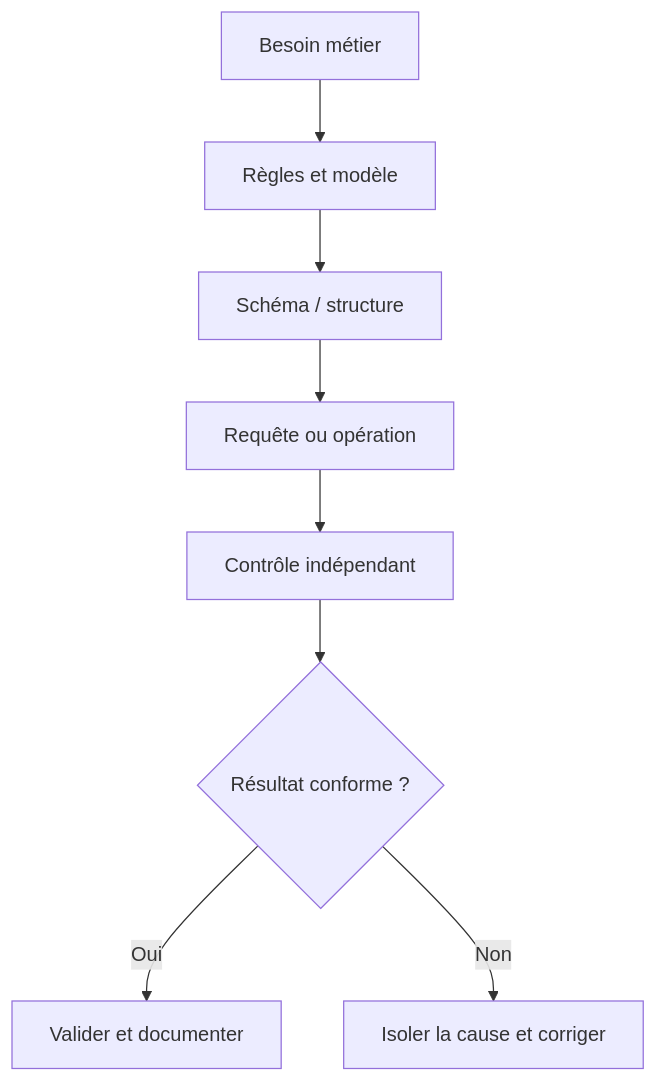
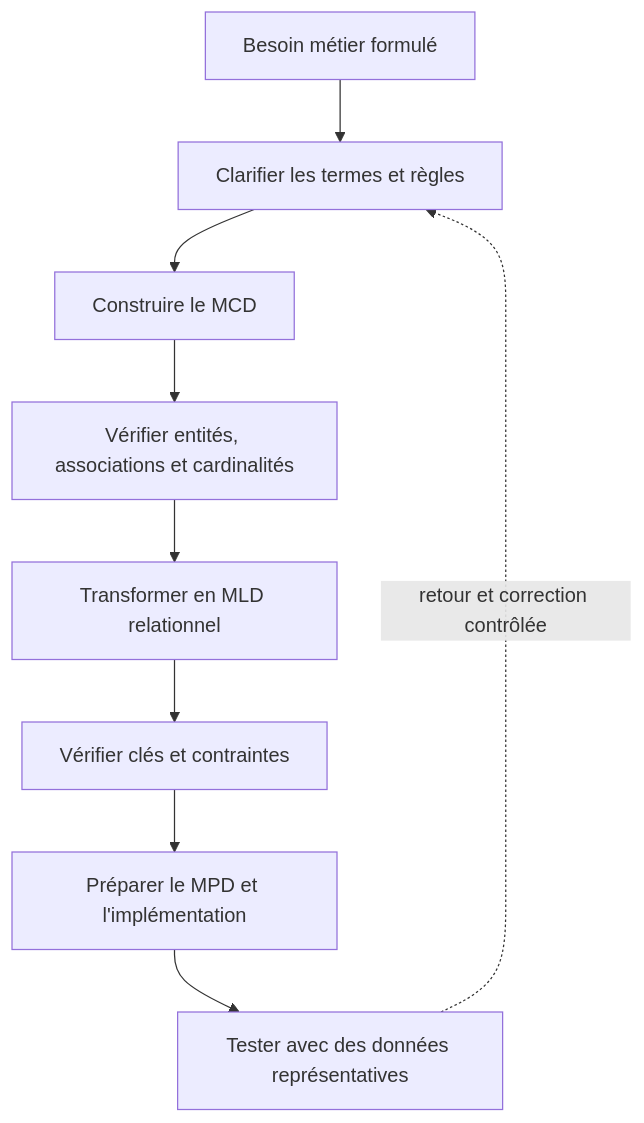
Before and after one commit to biggyseven/Skill-Tree: the first of 13 diagrams in content/lessons/data-modelisation-debutant.md, drawn with Mermaid. The commit also changed other lines of this file, not shown here.

Commit message:
docs(data): expand beginner MCD and MLD modeling course

````diff
--- a/content/lessons/data-modelisation-debutant.md
+++ b/content/lessons/data-modelisation-debutant.md
@@ -101,10 +66,11 @@
-```mermaid
+~~~mermaid
 flowchart TD
-    A["Besoin métier"] --> B["Règles et modèle"]
-    B --> C["Schéma / structure"]
-    C --> D["Requête ou opération"]
-    D --> E["Contrôle indépendant"]
-    E --> F{"Résultat conforme ?"}
-    F -- "Oui" --> G["Valider et documenter"]
-    F -- "Non" --> H["Isoler la cause et corriger"]
-```
+    A["Besoin métier formulé"] --> B["Clarifier les termes et règles"]
+    B --> C["Construire le MCD"]
+    C --> D["Vérifier entités, associations et cardinalités"]
+    D --> E["Transformer en MLD relationnel"]
+    E --> F["Vérifier clés et contraintes"]
+    F --> G["Préparer le MPD et l'implémentation"]
+    G --> H["Tester avec des données représentatives"]
+    H -. "retour et correction contrôlée" .-> B
+~~~
````
